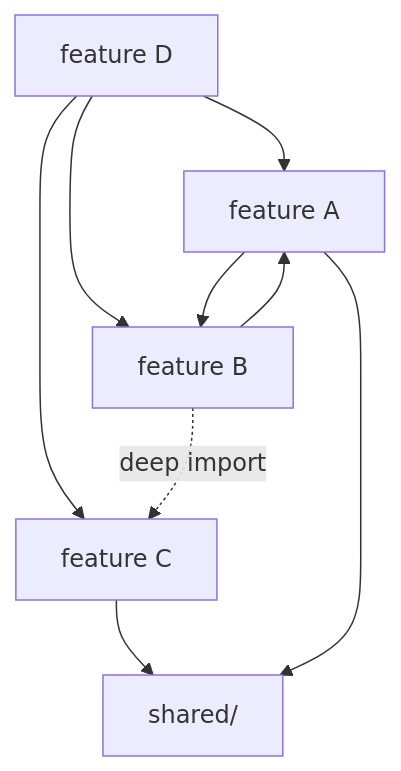
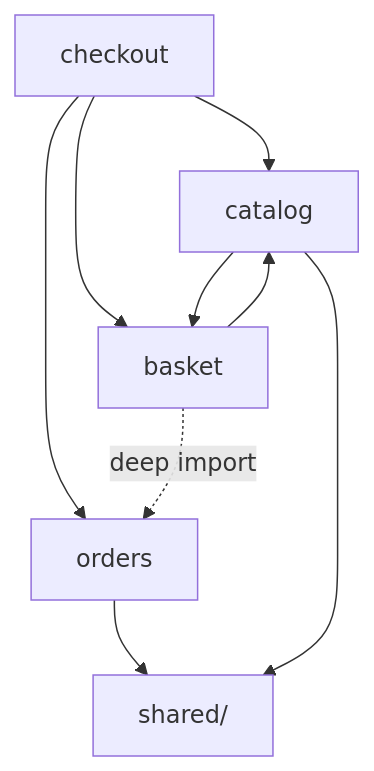
The second of 7 diagrams in public/frontend-architecture-for-humans-and-agents.md (benjilegnard/frontend-architecture-for-humans-and-agents), drawn with Mermaid before and after one commit. The commit also changed other lines of this file and 10 other files, not shown here.

````diff
--- a/public/frontend-architecture-for-humans-and-agents.md
+++ b/public/frontend-architecture-for-humans-and-agents.md
@@ -123,11 +41,11 @@
 ```mermaid
 flowchart TD
-  D[feature D] --> A[feature A]
-  D --> B[feature B]
-  D --> C[feature C]
-  A --> B
-  B --> A
-  C --> S[shared/]
-  A --> S
-  B -.->|deep import| C
+  checkout[checkout] --> catalog[catalog]
+  checkout --> basket[basket]
+  checkout --> orders[orders]
+  catalog --> basket
+  basket --> catalog
+  orders --> S[shared/]
+  catalog --> S
+  basket -.->|deep import| orders
 ```
````
